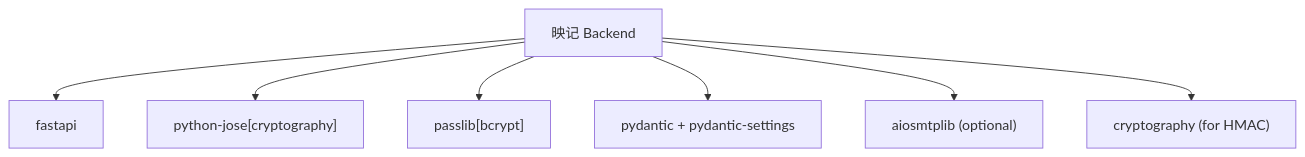
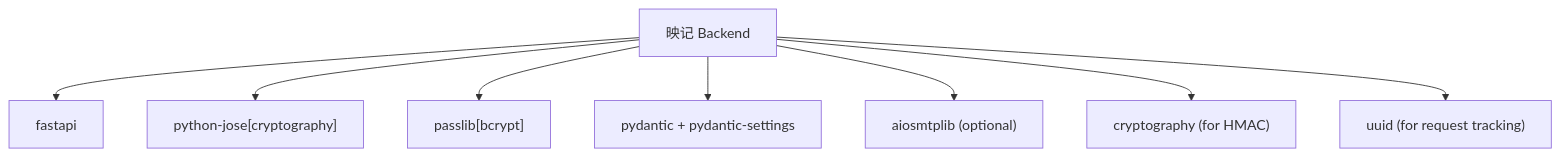
Diagram 16 of 16 in .qoder/repowiki/en/content/Architecture Overview/Backend Architecture/Security Architecture.md (rain1andsnow2a/aidiary), drawn with Mermaid before and after one commit. The commit also changed other lines of this file and 44 other files, not shown here.

````diff
--- a/.qoder/repowiki/en/content/Architecture Overview/Backend Architecture/Security Architecture.md
+++ b/.qoder/repowiki/en/content/Architecture Overview/Backend Architecture/Security Architecture.md
@@ -548,9 +645,10 @@
 ```mermaid
 graph TB
 App["映记 Backend"] --> FastAPI["fastapi"]
 App --> JWT["python-jose[cryptography]"]
 App --> Bcrypt["passlib[bcrypt]"]
 App --> Pydantic["pydantic + pydantic-settings"]
 App --> SMTP["aiosmtplib (optional)"]
 App --> Cryptography["cryptography (for HMAC)"]
+App --> UUID["uuid (for request tracking)"]
 ```
````
